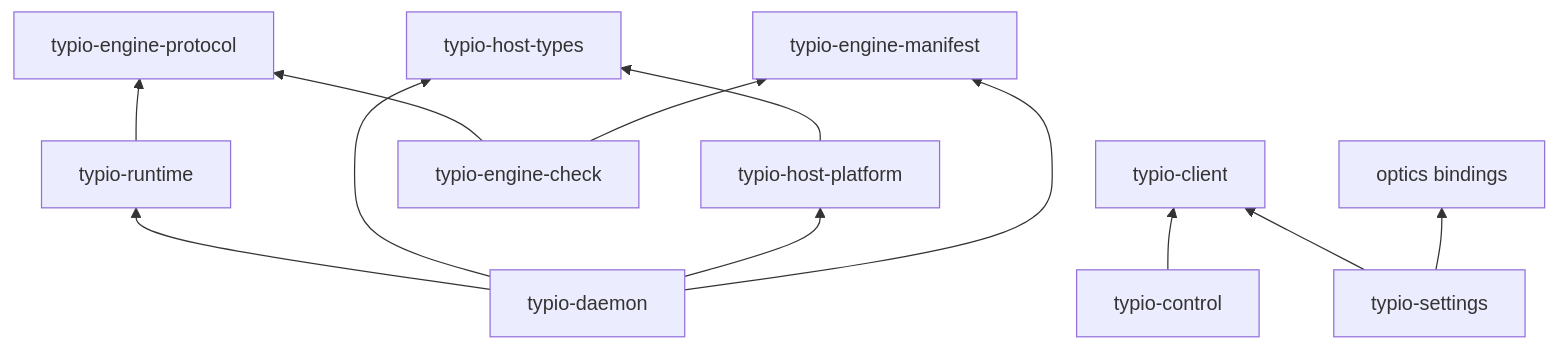
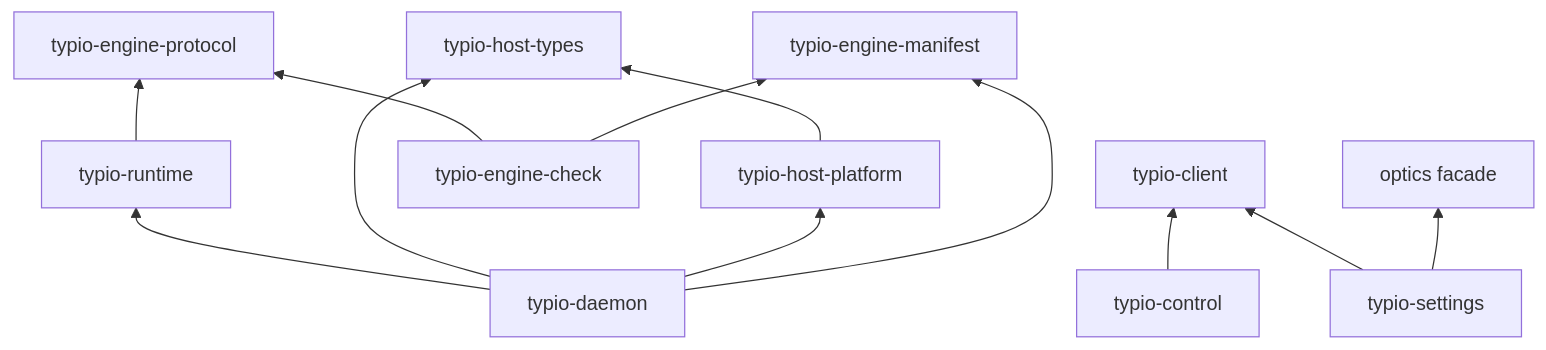
The diagram in docs/architecture/workspace-topology.md (typio-ime/typio), drawn with Mermaid before and after one commit. The commit also changed other lines of this file and 27 other files, not shown here.

Commit message:
feat: align with optics v0.0.79 and adopt the facade bindings

````diff
--- a/docs/architecture/workspace-topology.md
+++ b/docs/architecture/workspace-topology.md
@@ -87,14 +89,14 @@
 ```mermaid
 flowchart BT
     DA[typio-daemon] --> RU[typio-runtime]
     DA --> HT[typio-host-types]
     DA --> HP[typio-host-platform]
     DA --> MA[typio-engine-manifest]
     HP --> HT
     RU --> PR[typio-engine-protocol]
     CK[typio-engine-check] --> PR
     CK --> MA
     CO[typio-control] --> CL[typio-client]
     ST[typio-settings] --> CL
-    ST --> OP[optics bindings]
+    ST --> OP[optics facade]
 ```
````
